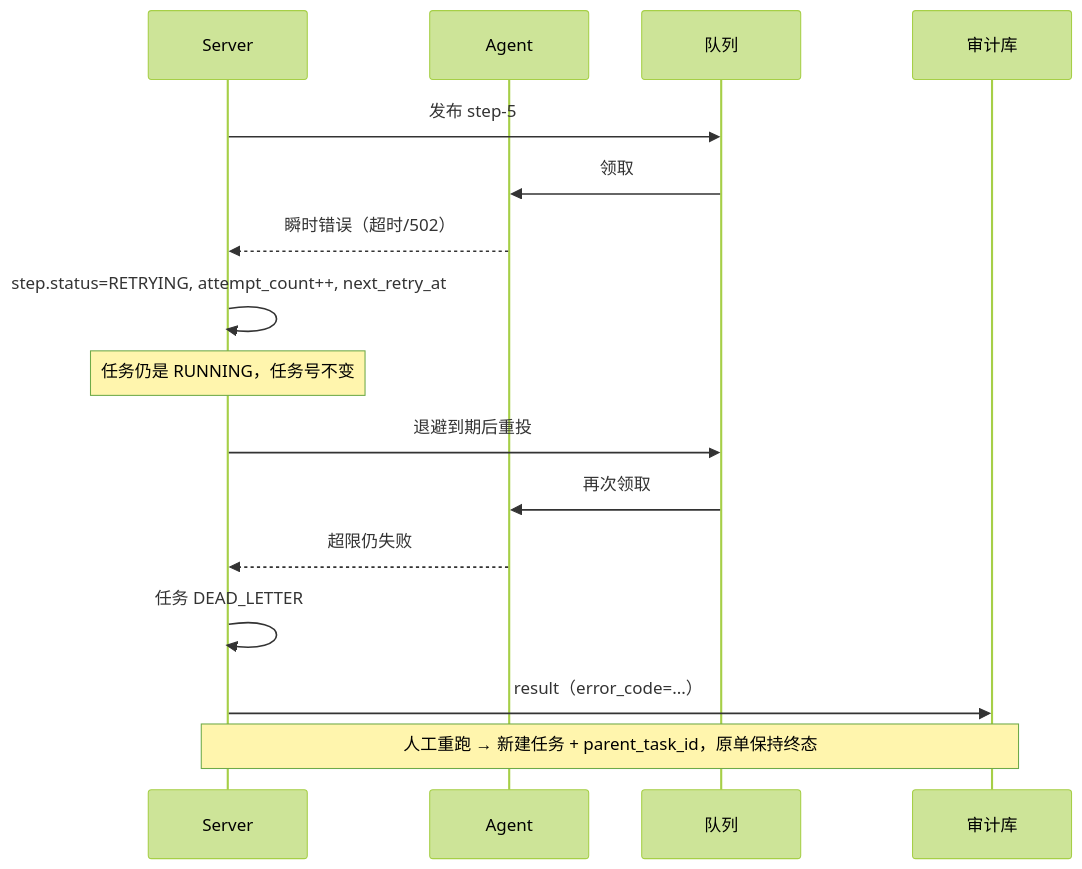
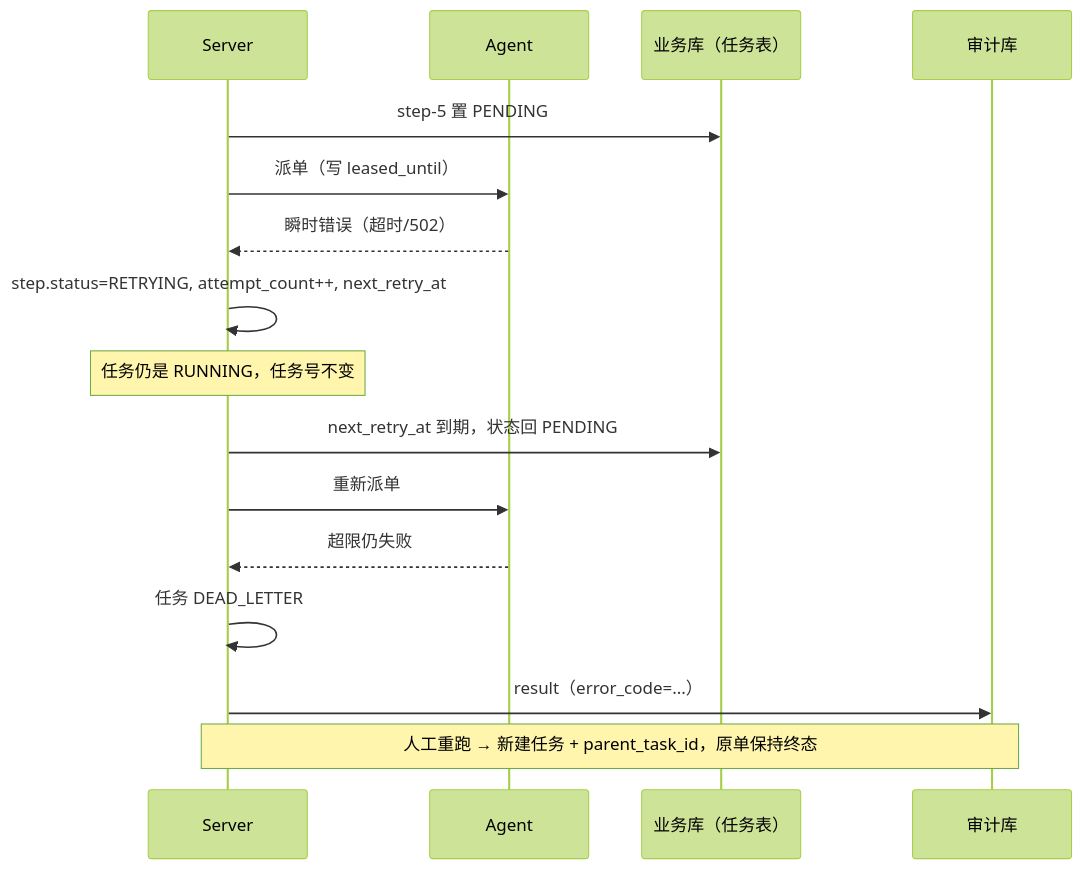
Before and after one commit to lnsyyj/winter: the ninth of 19 diagrams in docs/02-研发线/04-架构师/架构时序与数据流图册.md, drawn with Mermaid (forest theme). The commit also changed other lines of this file and 17 other files, not shown here.

````diff
--- a/docs/02-研发线/04-架构师/架构时序与数据流图册.md
+++ b/docs/02-研发线/04-架构师/架构时序与数据流图册.md
@@ -288,19 +281,19 @@
 ```mermaid
 sequenceDiagram
     participant S as Server
     participant A as Agent
-    participant Q as 队列
+    participant PG as 业务库（任务表）
     participant ADB as 审计库
 
-    S->>Q: 发布 step-5
-    Q->>A: 领取
+    S->>PG: step-5 置 PENDING
+    S->>A: 派单（写 leased_until）
     A-->>S: 瞬时错误（超时/502）
     S->>S: step.status=RETRYING, attempt_count++, next_retry_at
     Note over S: 任务仍是 RUNNING，任务号不变
-    S->>Q: 退避到期后重投
-    Q->>A: 再次领取
+    S->>PG: next_retry_at 到期，状态回 PENDING
+    S->>A: 重新派单
     A-->>S: 超限仍失败
     S->>S: 任务 DEAD_LETTER
     S->>ADB: result（error_code=...）
     Note over S,ADB: 人工重跑 → 新建任务 + parent_task_id，原单保持终态
 ```
````
